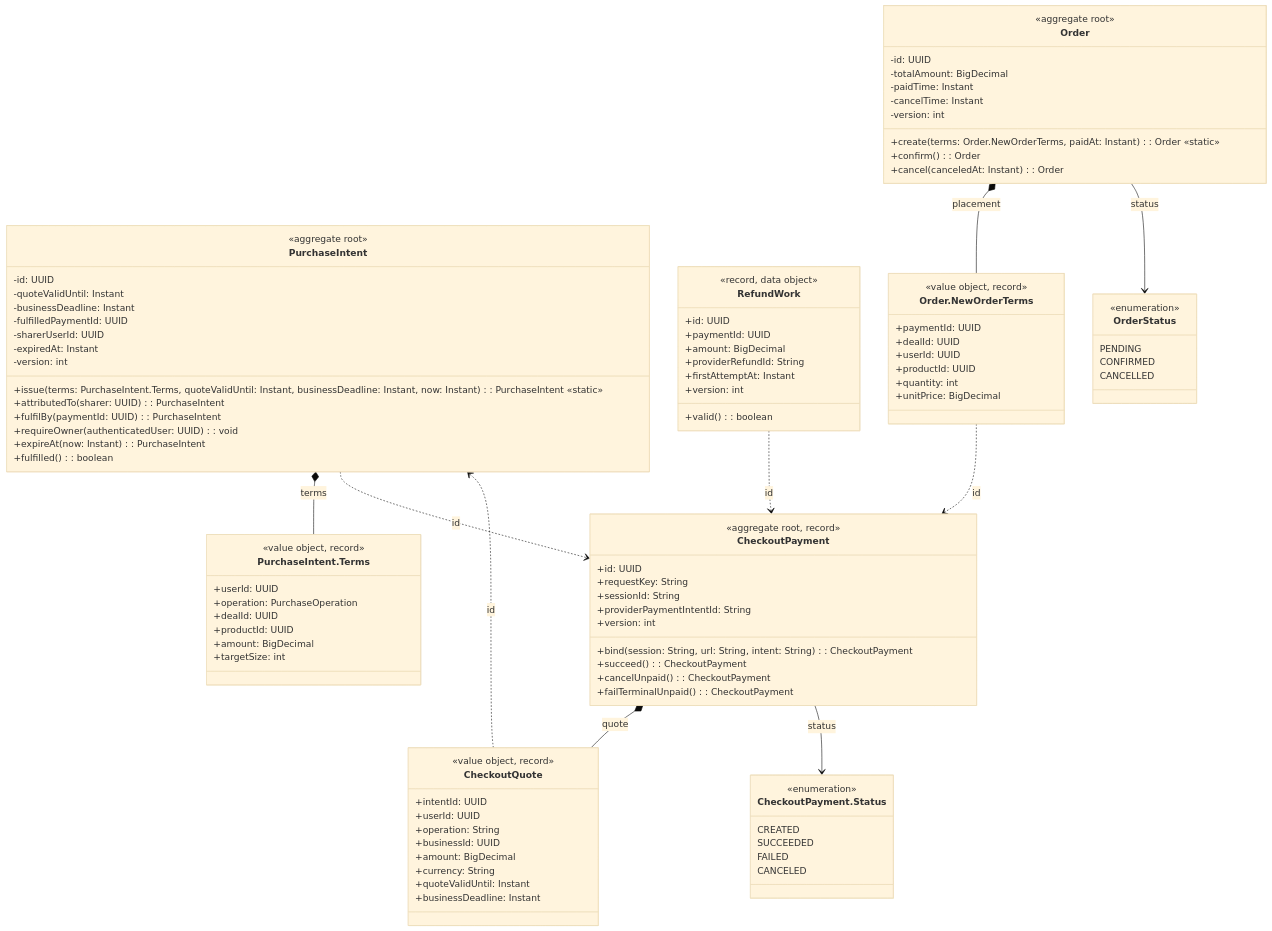
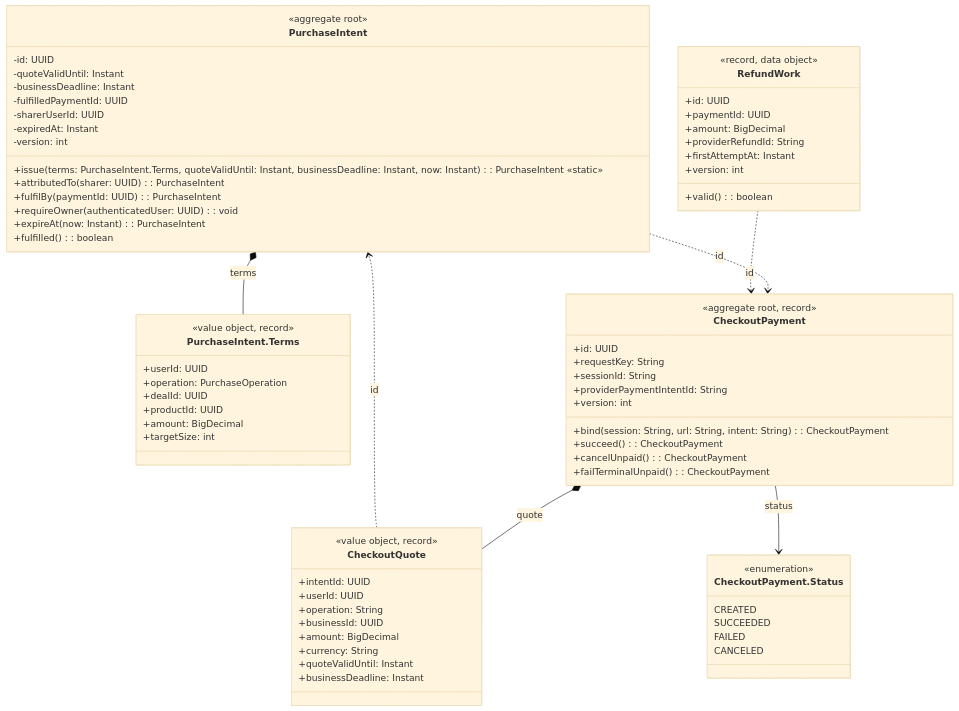
One commit to PPsyrius/iss-groupbuy-team8 changed the diagram in docs/swe5001/report/diagrams/uml/src/d7c-aggregates.mmd. Above: the diagram before and after it, drawn with Mermaid (base theme). The commit also changed 98 other files, not shown here.

```diff
--- a/docs/swe5001/report/diagrams/uml/src/d7c-aggregates.mmd
+++ b/docs/swe5001/report/diagrams/uml/src/d7c-aggregates.mmd
@@ -1,111 +1,79 @@
-%% frame: Aggregates of order and payment
+%% frame: Aggregates of purchase intent and payment
 classDiagram
     class PurchaseIntentTerms["PurchaseIntent.Terms"] {
         <<value object, record>>
         +userId: UUID
         +operation: PurchaseOperation
         +dealId: UUID
         +productId: UUID
         +amount: BigDecimal
         +targetSize: int
     }
     class PurchaseIntent {
         <<aggregate root>>
         -id: UUID
         -quoteValidUntil: Instant
         -businessDeadline: Instant
         -fulfilledPaymentId: UUID
         -sharerUserId: UUID
         -expiredAt: Instant
         -version: int
         +issue(terms: PurchaseIntent.Terms, quoteValidUntil: Instant, businessDeadline: Instant, now: Instant): PurchaseIntent «static»
         +attributedTo(sharer: UUID): PurchaseIntent
         +fulfilBy(paymentId: UUID): PurchaseIntent
         +requireOwner(authenticatedUser: UUID): void
         +expireAt(now: Instant): PurchaseIntent
         +fulfilled(): boolean
     }
     class RefundWork {
         <<record, data object>>
         +id: UUID
         +paymentId: UUID
         +amount: BigDecimal
         +providerRefundId: String
         +firstAttemptAt: Instant
         +version: int
         +valid(): boolean
     }
     class CheckoutQuote {
         <<value object, record>>
         +intentId: UUID
         +userId: UUID
         +operation: String
         +businessId: UUID
         +amount: BigDecimal
         +currency: String
         +quoteValidUntil: Instant
         +businessDeadline: Instant
     }
     class CheckoutPayment {
         <<aggregate root, record>>
         +id: UUID
         +requestKey: String
         +sessionId: String
         +providerPaymentIntentId: String
         +version: int
         +bind(session: String, url: String, intent: String): CheckoutPayment
         +succeed(): CheckoutPayment
         +cancelUnpaid(): CheckoutPayment
         +failTerminalUnpaid(): CheckoutPayment
     }
     class CheckoutPaymentStatus["CheckoutPayment.Status"] {
         <<enumeration>>
         CREATED
         SUCCEEDED
         FAILED
         CANCELED
     }
-    class OrderNewOrderTerms["Order.NewOrderTerms"] {
-        <<value object, record>>
-        +paymentId: UUID
-        +dealId: UUID
-        +userId: UUID
-        +productId: UUID
-        +quantity: int
-        +unitPrice: BigDecimal
-    }
-    class Order {
-        <<aggregate root>>
-        -id: UUID
-        -totalAmount: BigDecimal
-        -paidTime: Instant
-        -cancelTime: Instant
-        -version: int
-        +create(terms: Order.NewOrderTerms, paidAt: Instant): Order «static»
-        +confirm(): Order
-        +cancel(canceledAt: Instant): Order
-    }
-    class OrderStatus {
-        <<enumeration>>
-        PENDING
-        CONFIRMED
-        CANCELLED
-    }
 %% at PurchaseIntentTerms 0,0
 %% at PurchaseIntent 1,0
 %% at CheckoutQuote 0,1
 %% at CheckoutPayment 1,1
-%% at CheckoutPaymentStatus 2,0
 %% at RefundWork 0,2
-%% at OrderNewOrderTerms 1,2
-%% at Order 2,1
-%% at OrderStatus 2,2
+%% at CheckoutPaymentStatus 1,2
     PurchaseIntent *-- PurchaseIntentTerms : terms
     CheckoutPayment *-- CheckoutQuote : quote
     CheckoutPayment --> CheckoutPaymentStatus : status
-    Order *-- OrderNewOrderTerms : placement
-    Order --> OrderStatus : status
     CheckoutQuote ..> PurchaseIntent : id
     PurchaseIntent ..> CheckoutPayment : id
-    OrderNewOrderTerms ..> CheckoutPayment : id
     RefundWork ..> CheckoutPayment : id
```
